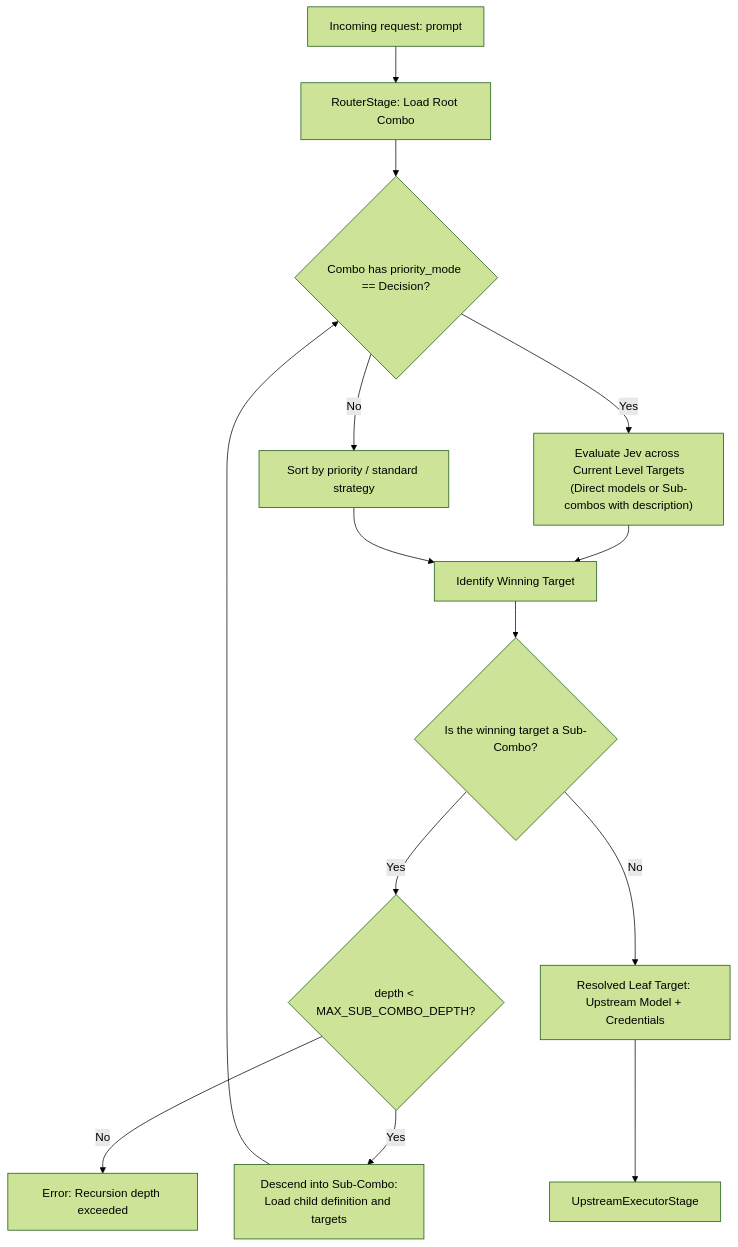
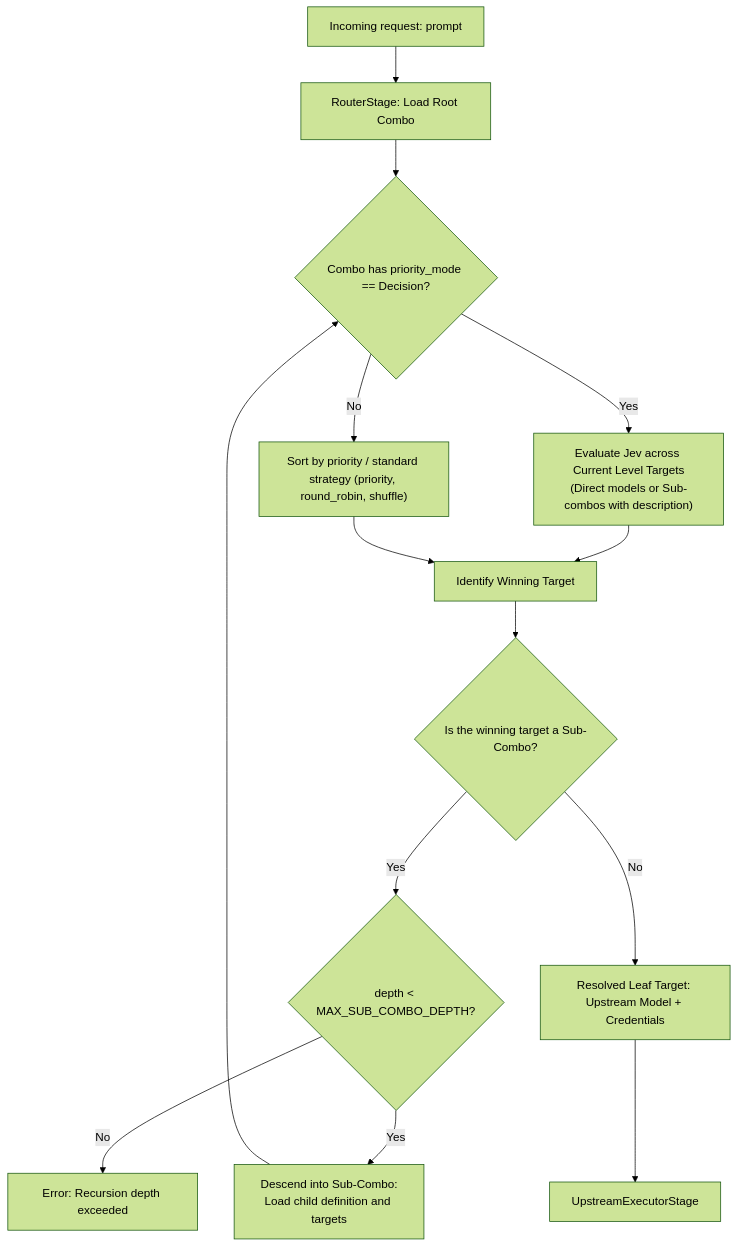
One commit to soyelmismo/openproxy changed the diagram in docs/hierarchical-decision-routing.md. Above: the diagram before and after it, drawn with Mermaid (forest theme). The commit also changed other lines of this file and 5 other files, not shown here.

````diff
--- a/docs/hierarchical-decision-routing.md
+++ b/docs/hierarchical-decision-routing.md
@@ -66,22 +66,22 @@
 ```mermaid
 flowchart TD
     Req["Incoming request: prompt"] --> RStage["RouterStage: Load Root Combo"]
     RStage --> CheckMode{"Combo has priority_mode == Decision?"}
     
     CheckMode -- Yes --> EvalDecision["Evaluate Jev across Current Level Targets\n(Direct models or Sub-combos with description)"]
-    CheckMode -- No --> EvalStandard["Sort by priority / standard strategy"]
+    CheckMode -- No --> EvalStandard["Sort by priority / standard strategy (priority, round_robin, shuffle)"]
     
     EvalDecision --> Winner["Identify Winning Target"]
     EvalStandard --> Winner
     
     Winner --> IsSubCombo{"Is the winning target a Sub-Combo?"}
     
     IsSubCombo -- Yes --> CheckDepth{"depth < MAX_SUB_COMBO_DEPTH?"}
     CheckDepth -- Yes --> Descend["Descend into Sub-Combo:\nLoad child definition and targets"]
     CheckDepth -- No --> ErrDepth["Error: Recursion depth exceeded"]
     
     Descend --> CheckMode
     
     IsSubCombo -- No --> Leaf["Resolved Leaf Target: Upstream Model + Credentials"]
     Leaf --> UpstreamExec["UpstreamExecutorStage"]
 ```
````
